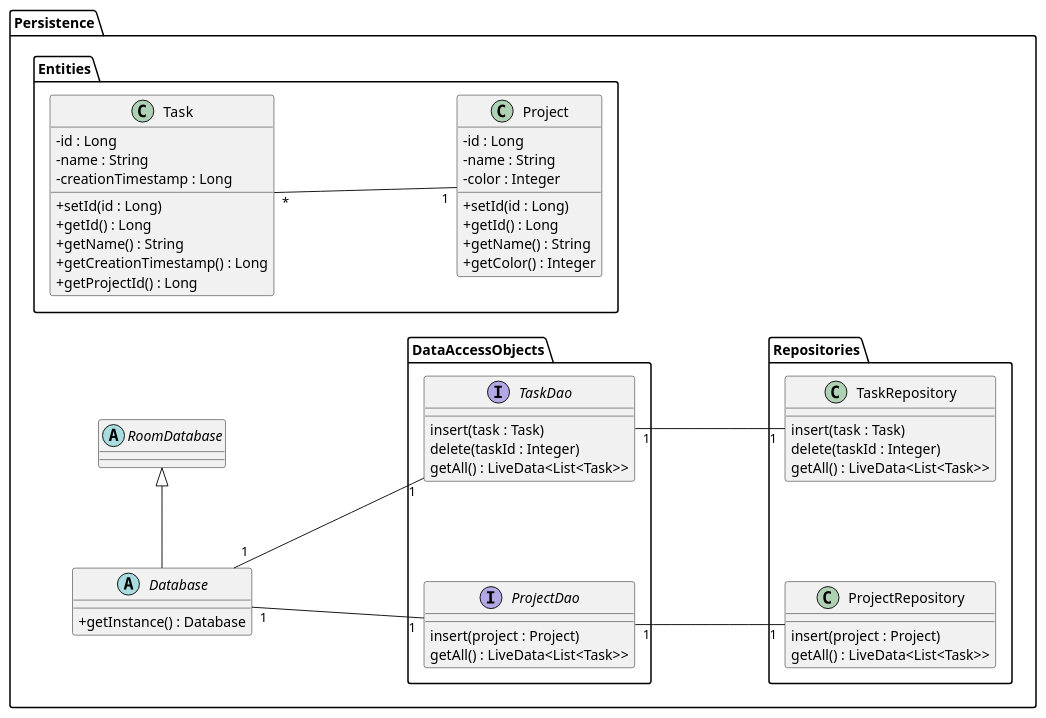
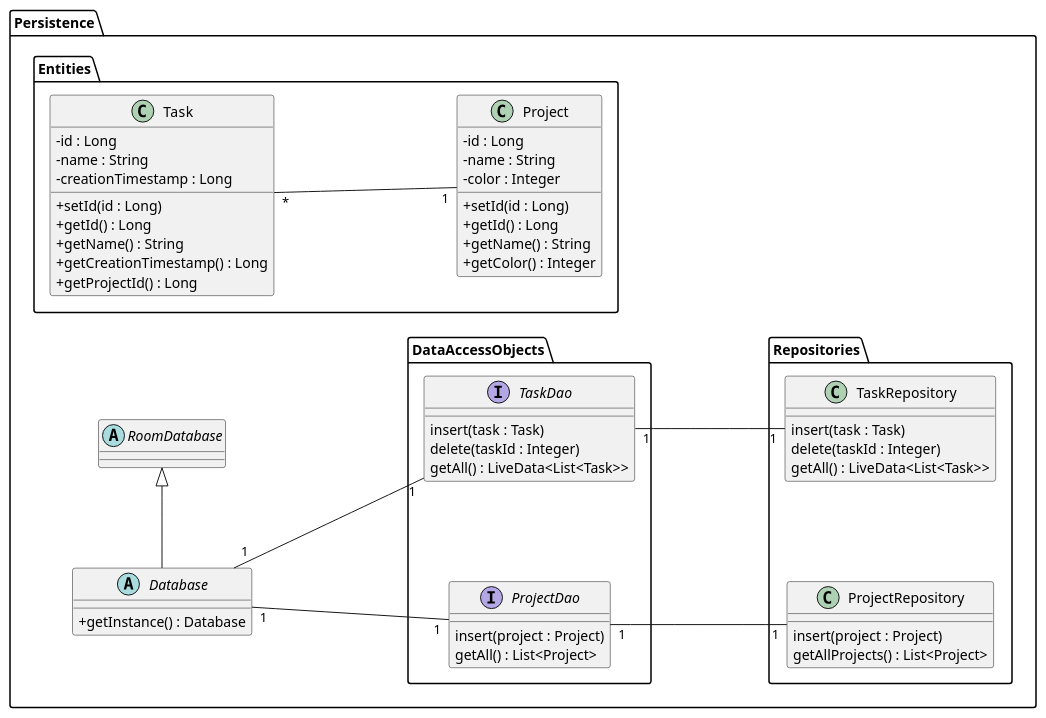
Before and after one commit to sitatec/Todoc: the diagram in app/src/uml/class_diagram/implementation_class_diagram.puml, drawn with PlantUML. The commit also changed 25 other files, not shown here.

```diff
--- a/app/src/uml/class_diagram/implementation_class_diagram.puml
+++ b/app/src/uml/class_diagram/implementation_class_diagram.puml
@@ -1,75 +1,75 @@
 @startuml
 
     left to right direction
     skinparam ranksep 150
     skinparam nodesep 100
     skinparam classAttributeIconSize 0
 
     package Persistence {
 
     package Entities{
        class Task {
             - id : Long
             - name : String
             - creationTimestamp : Long
 
             + setId(id : Long)
             + getId() : Long
             + getName() : String
             + getCreationTimestamp() : Long
             + getProjectId() : Long
         }
 
        class Project {
             - id : Long
             - name : String
             - color : Integer
 
             + setId(id : Long)
             + getId() : Long
             + getName() : String
             + getColor() : Integer
         }
     }
 
     package Repositories {
         class TaskRepository {
             insert(task : Task)
             delete(taskId : Integer)
             getAll() : LiveData<List<Task>>
         }
         class ProjectRepository {
             insert(project : Project)
-            getAll() : LiveData<List<Task>>
+            getAllProjects() : List<Project>
         }
     }
 
     package DataAccessObjects {
         interface TaskDao{
             insert(task : Task)
             delete(taskId : Integer)
             getAll() : LiveData<List<Task>>
         }
 
         interface ProjectDao{
             insert(project : Project)
-            getAll() : LiveData<List<Task>>
+            getAll() : List<Project>
         }
     }
 
     abstract class RoomDatabase
     abstract class Database {
         + getInstance() : Database
     }
 
     Task "*" -- "1" Project
 
     Database -|> RoomDatabase
 
     Database "1" -- "1" TaskDao
     Database "1" -- "1" ProjectDao
 
     TaskDao "1" -- "1" TaskRepository
     ProjectDao "1" -- "1" ProjectRepository
 
 @enduml
```
